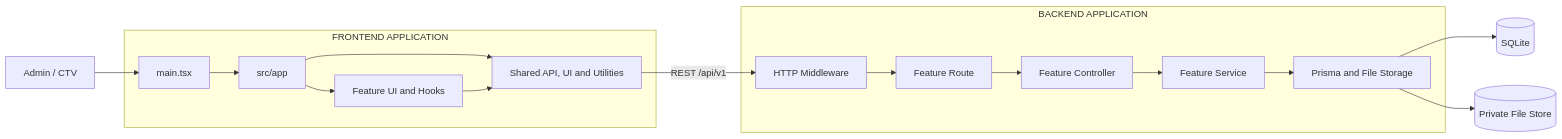
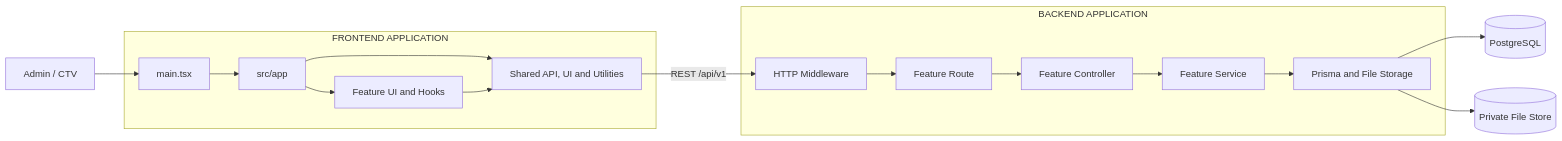
Before and after one commit to MINHDZVODICH/ctv-manage: the diagram in docs/ARCHITECTURE.md, drawn with Mermaid. The commit also changed other lines of this file and 36 other files, not shown here.

````diff
--- a/docs/ARCHITECTURE.md
+++ b/docs/ARCHITECTURE.md
@@ -5,31 +5,31 @@
 ```mermaid
 flowchart LR
     User[Admin / CTV]
 
     subgraph Frontend[FRONTEND APPLICATION]
         Entry[main.tsx]
         Shell[src/app]
         Feature[Feature UI and Hooks]
         Shared[Shared API, UI and Utilities]
 
         Entry --> Shell
         Shell --> Feature
         Shell --> Shared
         Feature --> Shared
     end
 
     subgraph Backend[BACKEND APPLICATION]
         Pipeline[HTTP Middleware]
         Route[Feature Route]
         Controller[Feature Controller]
         Service[Feature Service]
         Infrastructure[Prisma and File Storage]
 
         Pipeline --> Route --> Controller --> Service --> Infrastructure
     end
 
     User --> Entry
     Shared -->|REST /api/v1| Pipeline
-    Infrastructure --> Database[(SQLite)]
+    Infrastructure --> Database[(PostgreSQL)]
     Infrastructure --> Files[(Private File Store)]
 ```
````
